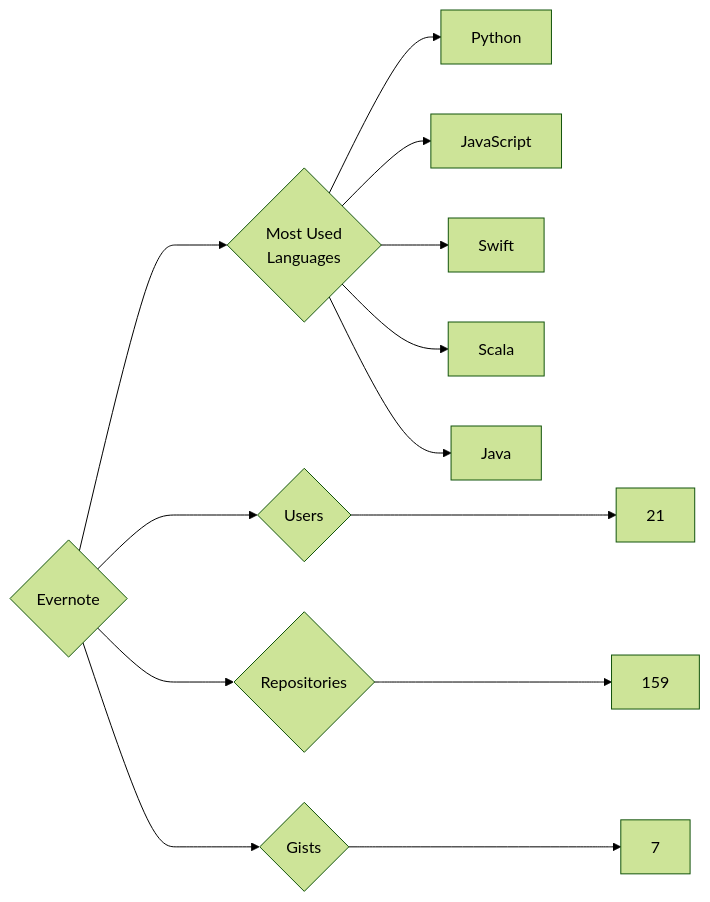
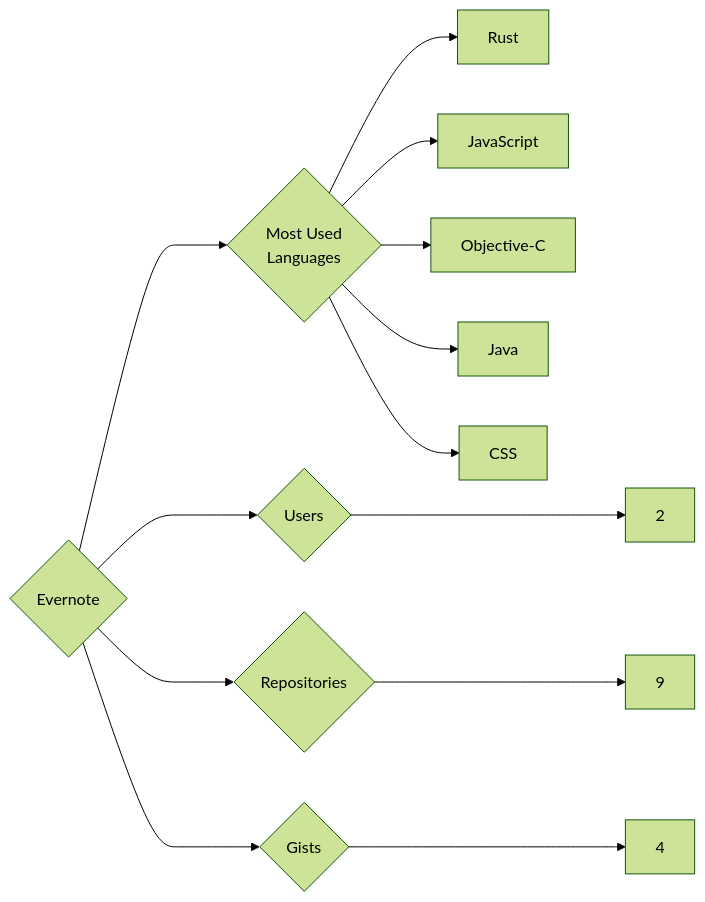
The diagram in targets/Evernote/README.md (trickest/insiders), drawn with Mermaid (forest theme) before and after one commit. The commit also changed 847 other files, not shown here.

````diff
--- a/targets/Evernote/README.md
+++ b/targets/Evernote/README.md
@@ -3,13 +3,13 @@
 ```mermaid
 graph LR
 COMPANY_NAME{Evernote}
-COMPANY_NAME ---> U{Users} ---> UN[21]
-COMPANY_NAME ---> R{Repositories} ---> RN[159]
-COMPANY_NAME ---> G{Gists} ---> GN[7]
+COMPANY_NAME ---> U{Users} ---> UN[2]
+COMPANY_NAME ---> R{Repositories} ---> RN[9]
+COMPANY_NAME ---> G{Gists} ---> GN[4]
 COMPANY_NAME ---> ML{Most Used<br>Languages}
-ML --> Python[Python]
+ML --> Rust[Rust]
 ML --> JavaScript[JavaScript]
-ML --> Swift[Swift]
-ML --> Scala[Scala]
+ML --> Objective-C[Objective-C]
 ML --> Java[Java]
+ML --> CSS[CSS]
 ```
````
